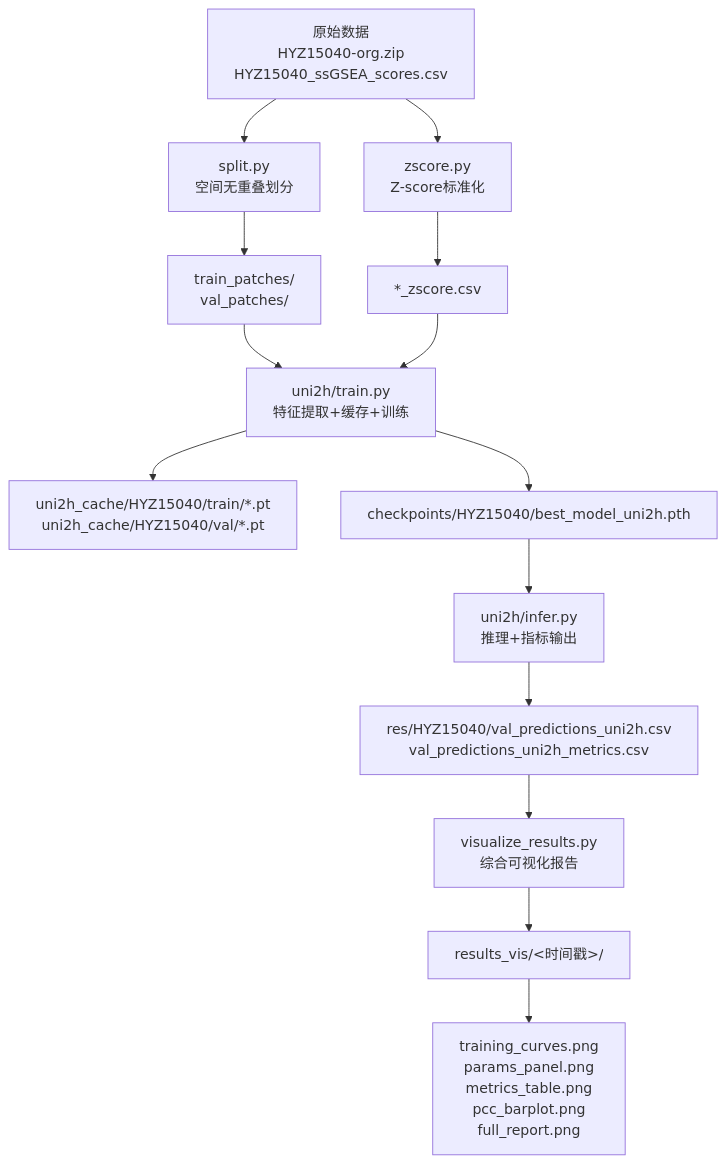
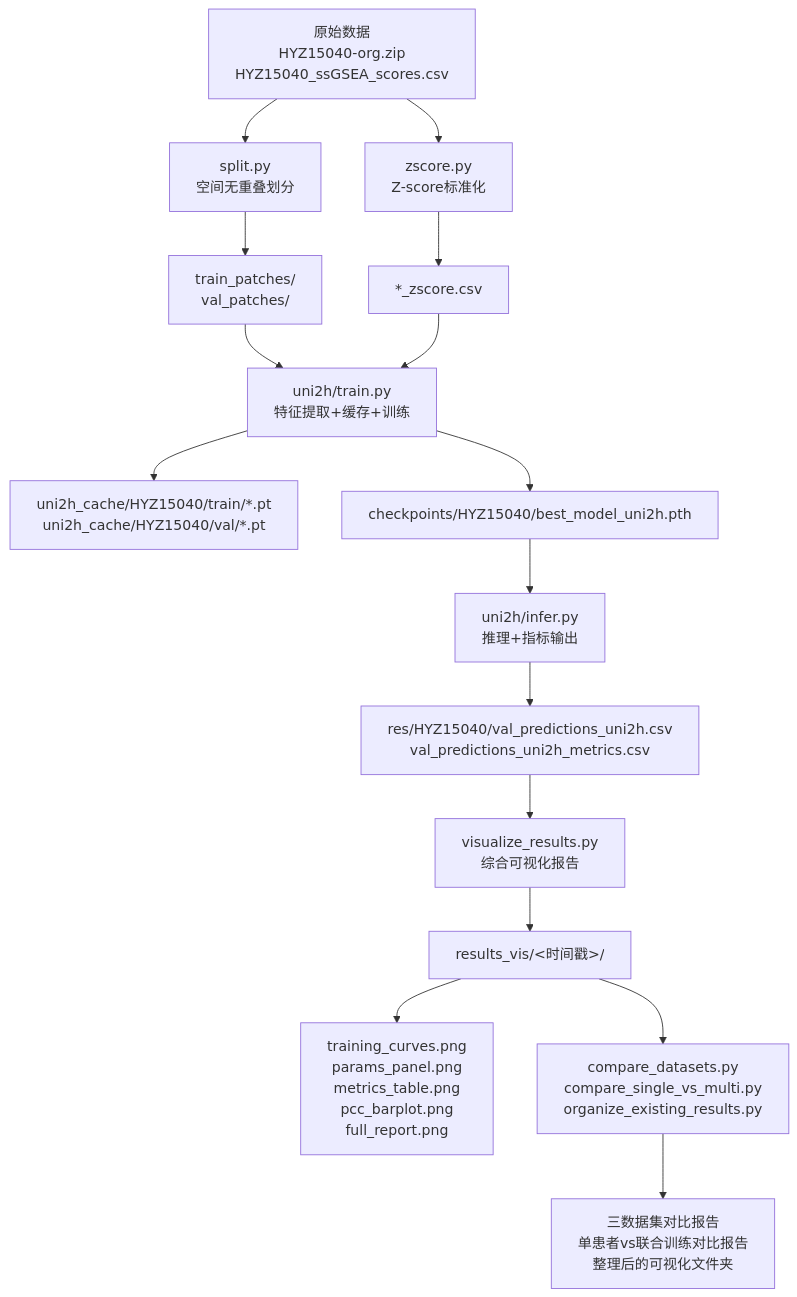
The first of 9 diagrams in .qoder/repowiki/zh/content/工具函数库.md (qzs610038-star/AI-esophagus-cancer-basedon-HF-HT), drawn with Mermaid before and after one commit. The commit also changed other lines of this file and 146 other files, not shown here.

````diff
--- a/.qoder/repowiki/zh/content/工具函数库.md
+++ b/.qoder/repowiki/zh/content/工具函数库.md
@@ -50,16 +55,18 @@
 ```mermaid
 graph TB
 A["原始数据<br/>HYZ15040-org.zip<br/>HYZ15040_ssGSEA_scores.csv"] --> B["split.py<br/>空间无重叠划分"]
 A --> C["zscore.py<br/>Z-score标准化"]
 B --> D["train_patches/<br/>val_patches/"]
 C --> E["*_zscore.csv"]
 D --> F["uni2h/train.py<br/>特征提取+缓存+训练"]
 E --> F
 F --> G["uni2h_cache/HYZ15040/train/*.pt<br/>uni2h_cache/HYZ15040/val/*.pt"]
 F --> H["checkpoints/HYZ15040/best_model_uni2h.pth"]
 H --> I["uni2h/infer.py<br/>推理+指标输出"]
 I --> J["res/HYZ15040/val_predictions_uni2h.csv<br/>val_predictions_uni2h_metrics.csv"]
 J --> K["visualize_results.py<br/>综合可视化报告"]
 K --> L["results_vis/<时间戳>/"]
 L --> M["training_curves.png<br/>params_panel.png<br/>metrics_table.png<br/>pcc_barplot.png<br/>full_report.png"]
+L --> N["compare_datasets.py<br/>compare_single_vs_multi.py<br/>organize_existing_results.py"]
+N --> O["三数据集对比报告<br/>单患者vs联合训练对比报告<br/>整理后的可视化文件夹"]
 ```
````
